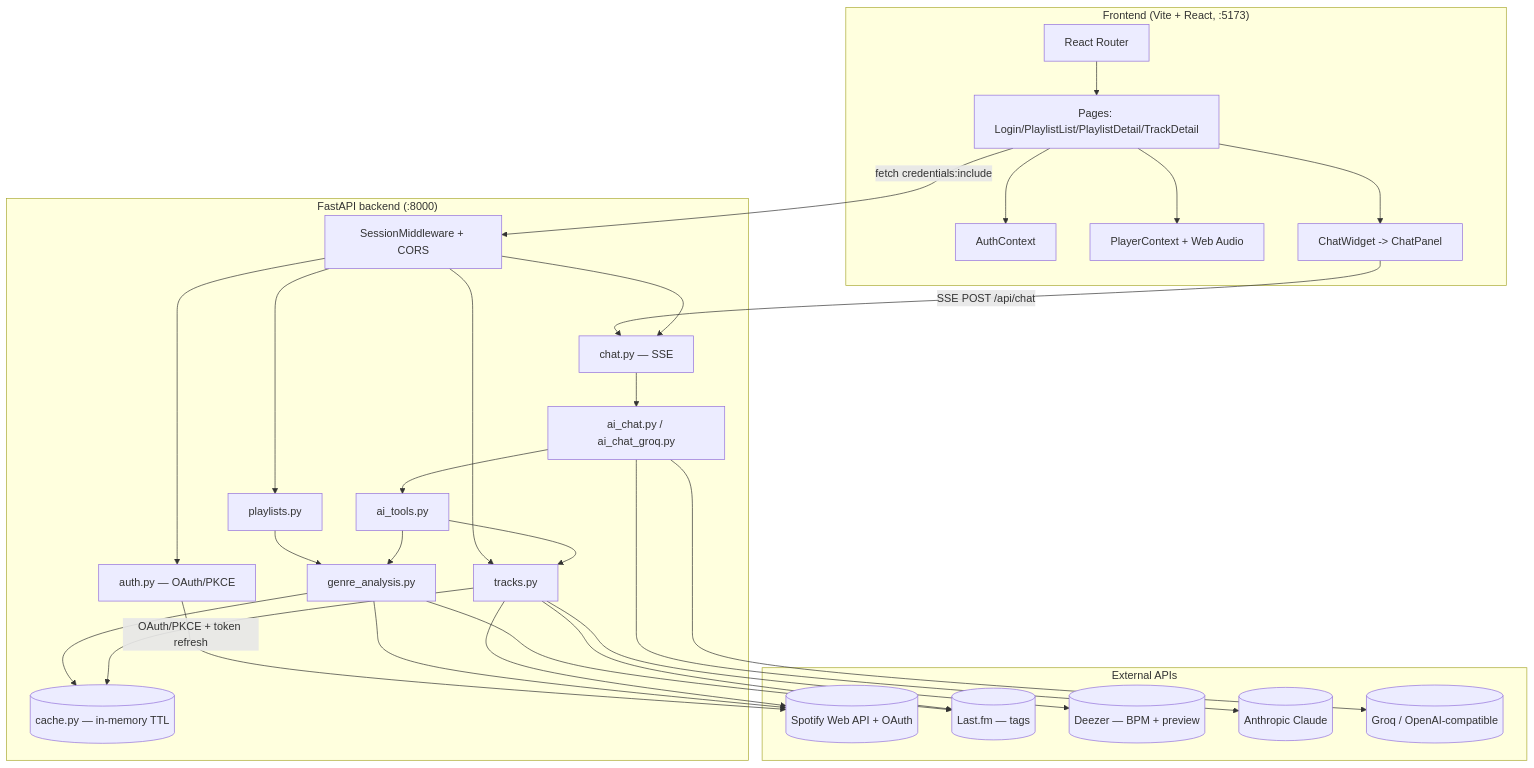
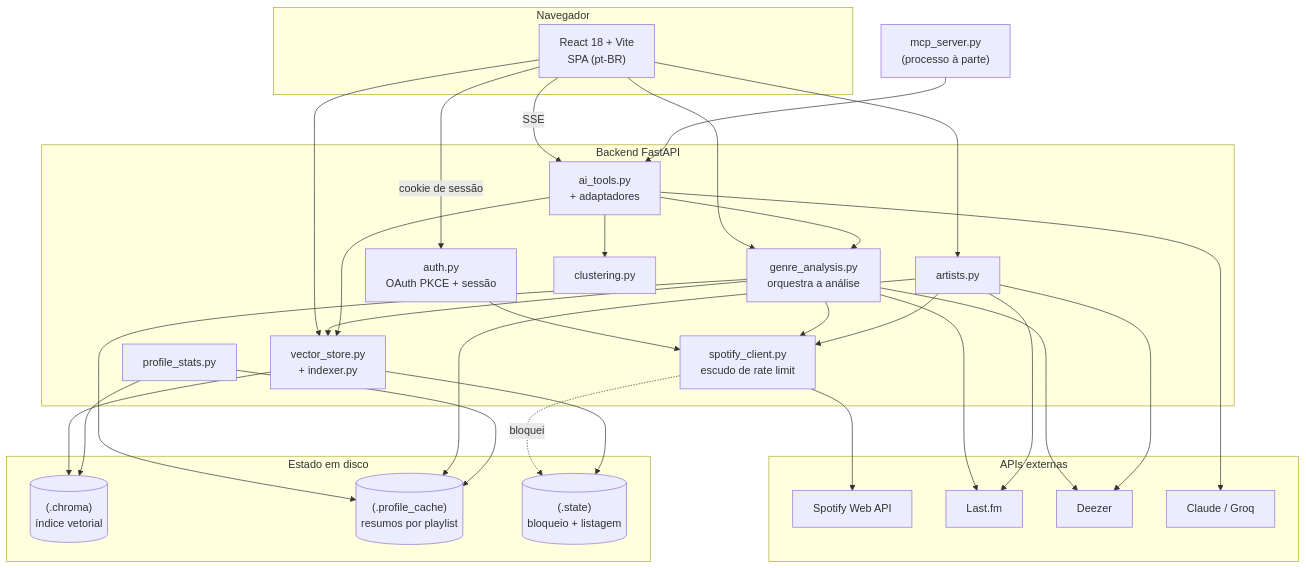
Before and after one commit to HuananCanova/playlist-classifier: the first of 4 diagrams in docs/CODEBASE_MAP.md, drawn with Mermaid. The commit also changed other lines of this file, not shown here.

````diff
--- a/docs/CODEBASE_MAP.md
+++ b/docs/CODEBASE_MAP.md
@@ -22,59 +27,62 @@
 ```mermaid
 graph TB
-    subgraph Client["Frontend (Vite + React, :5173)"]
-        Router[React Router]
-        Auth[AuthContext]
-        Player[PlayerContext + Web Audio]
-        Pages[Pages: Login/PlaylistList/PlaylistDetail/TrackDetail]
-        Chat[ChatWidget -> ChatPanel]
+    subgraph nav["Navegador"]
+        SPA["React 18 + Vite<br/>SPA (pt-BR)"]
     end
 
-    subgraph Server["FastAPI backend (:8000)"]
-        MW[SessionMiddleware + CORS]
-        AuthR[auth.py — OAuth/PKCE]
-        PlaylistsR[playlists.py]
-        TracksR[tracks.py]
-        ChatR[chat.py — SSE]
-        GenreA[genre_analysis.py]
-        AITools[ai_tools.py]
-        AIChat[ai_chat.py / ai_chat_groq.py]
-        Cache[(cache.py — in-memory TTL)]
+    subgraph api["Backend FastAPI"]
+        AUTH["auth.py<br/>OAuth PKCE + sessão"]
+        SPOT["spotify_client.py<br/>escudo de rate limit"]
+        GEN["genre_analysis.py<br/>orquestra a análise"]
+        ART["artists.py"]
+        SEARCH["vector_store.py<br/>+ indexer.py"]
+        CHAT["ai_tools.py<br/>+ adaptadores"]
+        CLUS["clustering.py"]
+        PROF["profile_stats.py"]
     end
 
-    subgraph External["External APIs"]
-        Spotify[(Spotify Web API + OAuth)]
-        LastFM[(Last.fm — tags)]
-        Deezer[(Deezer — BPM + preview)]
-        Anthropic[(Anthropic Claude)]
-        Groq[(Groq / OpenAI-compatible)]
+    subgraph disco["Estado em disco"]
+        CHROMA[("(.chroma)<br/>índice vetorial")]
+        PCACHE[("(.profile_cache)<br/>resumos por playlist")]
+        STATE[("(.state)<br/>bloqueio + listagem")]
     end
 
-    Router --> Pages
-    Pages --> Auth
-    Pages --> Player
-    Pages --> Chat
-    Pages -- fetch credentials:include --> MW
-    Chat -- SSE POST /api/chat --> ChatR
+    subgraph ext["APIs externas"]
+        SP["Spotify Web API"]
+        LF["Last.fm"]
+        DZ["Deezer"]
+        LLM["Claude / Groq"]
+    end
 
-    MW --> AuthR
-    MW --> PlaylistsR
-    MW --> TracksR
-    MW --> ChatR
+    SPA -->|cookie de sessão| AUTH
+    SPA --> GEN
+    SPA --> ART
+    SPA --> SEARCH
+    SPA -->|SSE| CHAT
 
-    AuthR -- OAuth/PKCE + token refresh --> Spotify
-    PlaylistsR --> GenreA
-    GenreA --> Spotify
-    GenreA --> LastFM
-    GenreA --> Cache
-    TracksR --> Deezer
-    TracksR --> LastFM
-    TracksR --> Spotify
-    TracksR --> Cache
+    AUTH --> SPOT
+    GEN --> SPOT
+    ART --> SPOT
+    SPOT --> SP
+    SPOT -.bloqueio.-> STATE
 
-    ChatR --> AIChat
-    AIChat --> AITools
-    AITools --> GenreA
-    AITools --> TracksR
-    AIChat --> Anthropic
-    AIChat --> Groq
+    GEN --> LF
+    GEN --> DZ
+    ART --> LF
+    ART --> DZ
+    GEN --> PCACHE
+    ART --> PCACHE
+
+    GEN --> SEARCH
+    SEARCH --> CHROMA
+    SEARCH --> STATE
+    PROF --> PCACHE
+    PROF --> CHROMA
+
+    CHAT --> GEN
+    CHAT --> SEARCH
+    CHAT --> CLUS
+    CHAT --> LLM
+
+    MCP["mcp_server.py<br/>(processo à parte)"] --> CHAT
 ```
````
